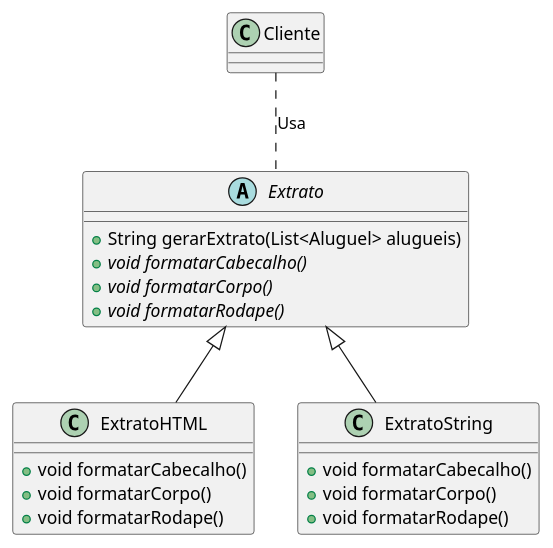
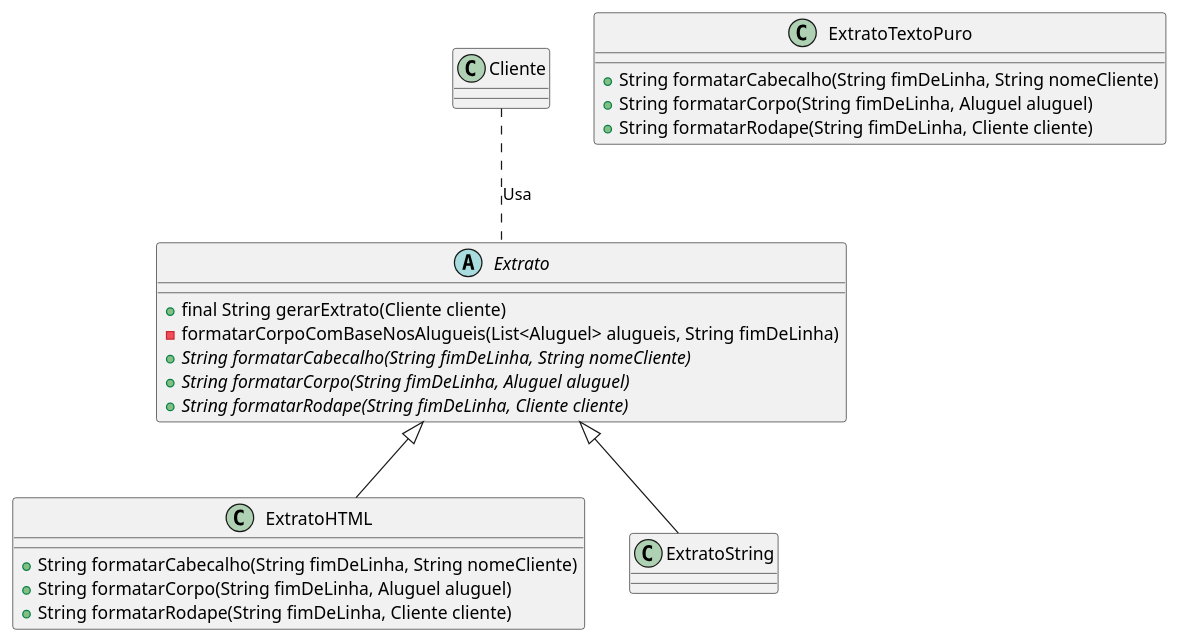
Before and after one commit to yagocdj/Padroes-de-projeto: the diagram in docs/locadora.plantuml, drawn with PlantUML. The commit also changed 7 other files, not shown here.

```diff
--- a/docs/locadora.plantuml
+++ b/docs/locadora.plantuml
@@ -1,32 +1,33 @@
 @startuml locadora
 
 abstract class Extrato {
-    + String gerarExtrato(List<Aluguel> alugueis)
-    + {abstract} void formatarCabecalho()
-    + {abstract} void formatarCorpo()
-    + {abstract} void formatarRodape()
+    + final String gerarExtrato(Cliente cliente)
+    - formatarCorpoComBaseNosAlugueis(List<Aluguel> alugueis, String fimDeLinha)
+    + {abstract} String formatarCabecalho(String fimDeLinha, String nomeCliente)
+    + {abstract} String formatarCorpo(String fimDeLinha, Aluguel aluguel)
+    + {abstract} String formatarRodape(String fimDeLinha, Cliente cliente)
 
 }
 
 class ExtratoHTML {
     
-    + void formatarCabecalho()
-    + void formatarCorpo()
-    + void formatarRodape()
+    + String formatarCabecalho(String fimDeLinha, String nomeCliente)
+    + String formatarCorpo(String fimDeLinha, Aluguel aluguel)
+    + String formatarRodape(String fimDeLinha, Cliente cliente)
 }
 
-class ExtratoString {
+class ExtratoTextoPuro {
 
-    + void formatarCabecalho()
-    + void formatarCorpo()
-    + void formatarRodape()
+    + String formatarCabecalho(String fimDeLinha, String nomeCliente)
+    + String formatarCorpo(String fimDeLinha, Aluguel aluguel)
+    + String formatarRodape(String fimDeLinha, Cliente cliente)
 }
 
 class Cliente { }
 
 class ExtratoHTML extends Extrato
 class ExtratoString extends Extrato
 
 Cliente .. Extrato : Usa
 
 @enduml
```
